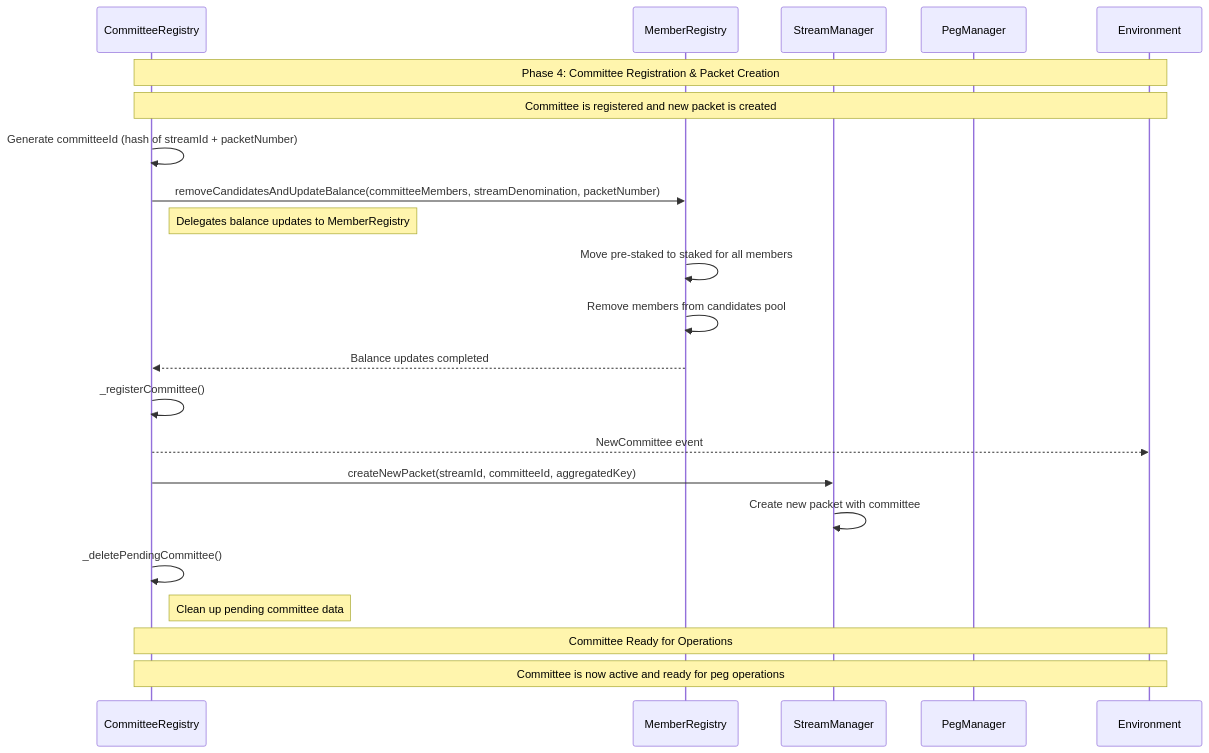
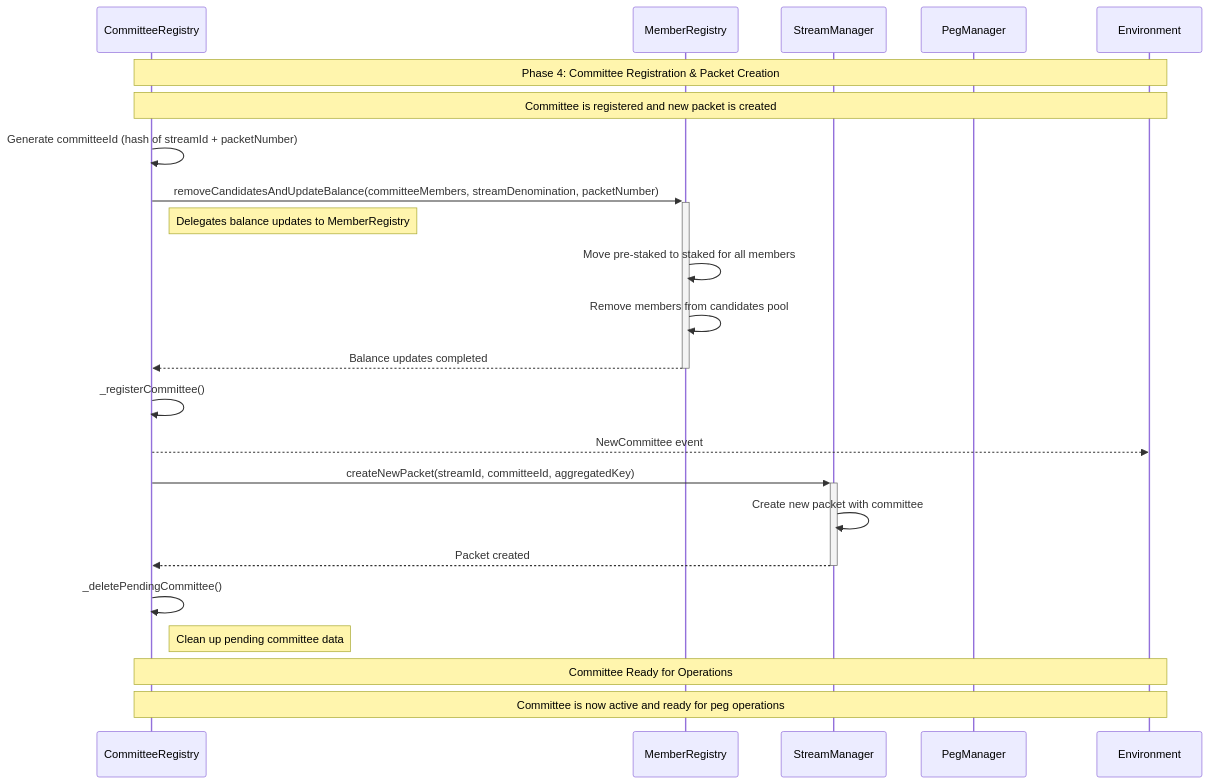
One commit to rsksmart/union-bridge-contracts changed the fourth of 12 diagrams in README.md. Above: the diagram before and after it, drawn with Mermaid. The commit also changed other lines of this file, not shown here.

Commit message:
Add Table of contents and architecture to README

````diff
--- a/README.md
+++ b/README.md
@@ -143,27 +284,28 @@
 ```mermaid
 sequenceDiagram
     participant CR as CommitteeRegistry
     participant MR as MemberRegistry
     participant SM as StreamManager
     participant PM as PegManager
     participant ENV as Environment
 
     Note over CR,ENV: Phase 4: Committee Registration & Packet Creation
     Note over CR,ENV: Committee is registered and new packet is created
 
     CR->>CR: Generate committeeId (hash of streamId + packetNumber)
-    CR->>MR: removeCandidatesAndUpdateBalance(committeeMembers, streamDenomination, packetNumber)
+    CR->>+MR: removeCandidatesAndUpdateBalance(committeeMembers, streamDenomination, packetNumber)
     Note right of CR: Delegates balance updates to MemberRegistry
     MR->>MR: Move pre-staked to staked for all members
     MR->>MR: Remove members from candidates pool
-    MR-->>CR: Balance updates completed
+    MR-->>-CR: Balance updates completed
     CR->>CR: _registerCommittee()
     CR-->>ENV: NewCommittee event
-    CR->>SM: createNewPacket(streamId, committeeId, aggregatedKey)
+    CR->>+SM: createNewPacket(streamId, committeeId, aggregatedKey)
     SM->>SM: Create new packet with committee
+    SM-->>-CR: Packet created
     CR->>CR: _deletePendingCommittee()
     Note right of CR: Clean up pending committee data
 
     Note over CR,ENV: Committee Ready for Operations
     Note over CR,ENV: Committee is now active and ready for peg operations
 ```
````
